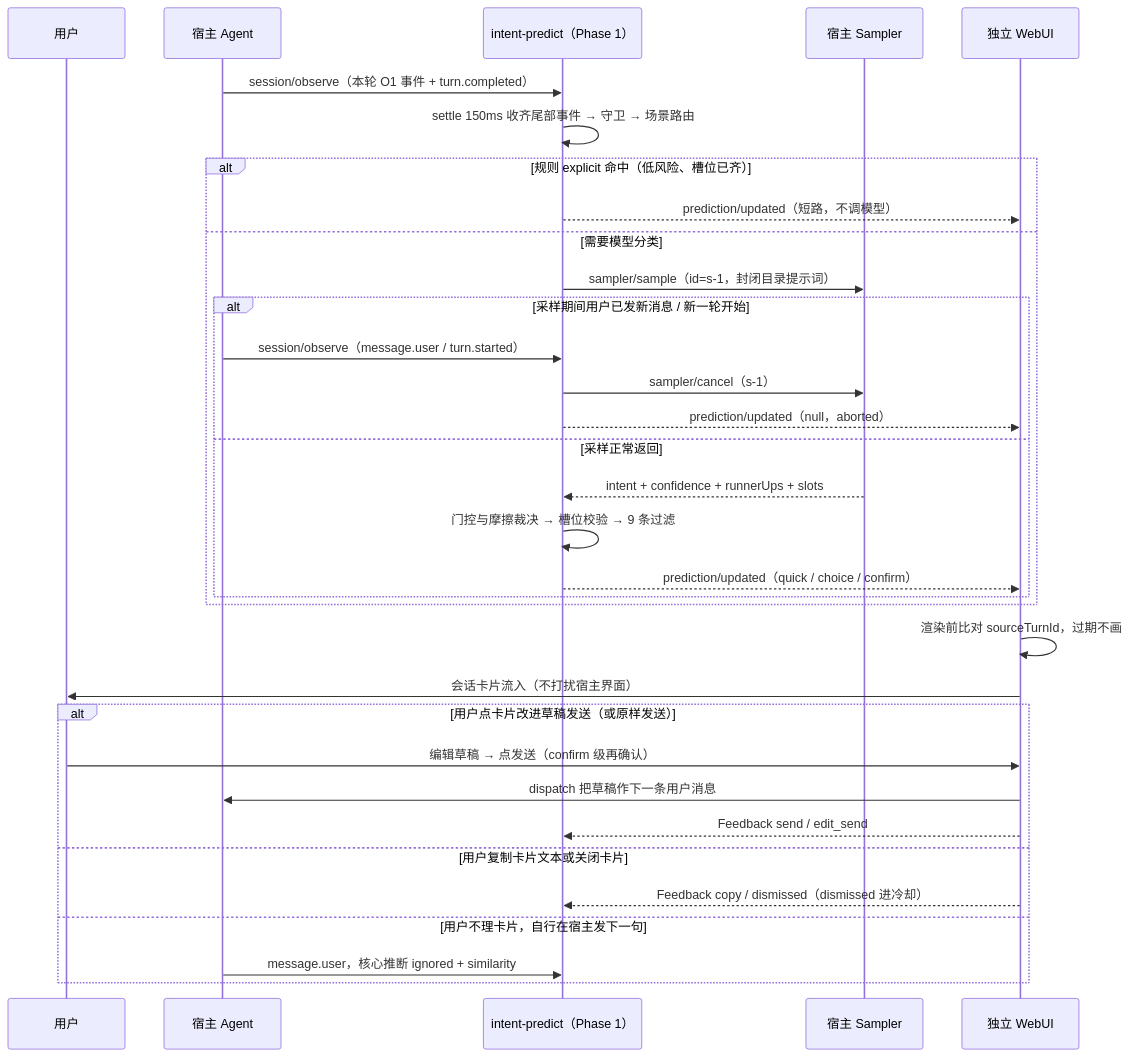
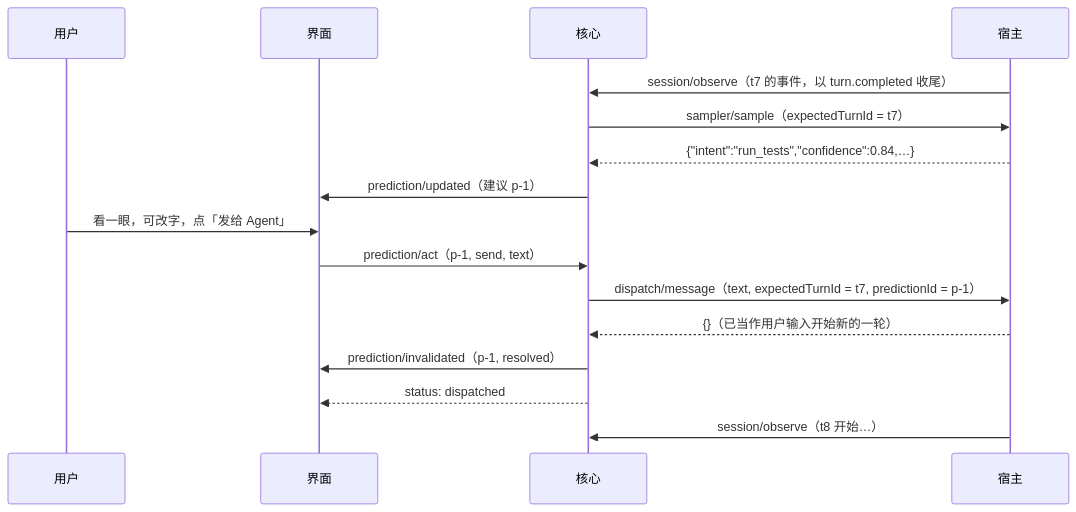
The third of 4 diagrams in docs/diagrams.md (susyimes/intent-predict), drawn with Mermaid before and after one commit. The commit also changed other lines of this file and 21 other files, not shown here.

````diff
--- a/docs/diagrams.md
+++ b/docs/diagrams.md
@@ -88,36 +58,19 @@
 ```mermaid
 sequenceDiagram
   participant U as 用户
-  participant H as 宿主 Agent
-  participant P as intent-predict（Phase 1）
-  participant M as 宿主 Sampler
-  participant W as 独立 WebUI
+  participant S as 界面
+  participant C as 核心
+  participant H as 宿主
 
-  H->>P: session/observe（本轮 O1 事件 + turn.completed）
-  P->>P: settle 150ms 收齐尾部事件 → 守卫 → 场景路由
-  alt 规则 explicit 命中（低风险、槽位已齐）
-    P-->>W: prediction/updated（短路，不调模型）
-  else 需要模型分类
-    P->>M: sampler/sample（id=s-1，封闭目录提示词）
-    alt 采样期间用户已发新消息 / 新一轮开始
-      H->>P: session/observe（message.user / turn.started）
-      P->>M: sampler/cancel（s-1）
-      P-->>W: prediction/updated（null，aborted）
-    else 采样正常返回
-      M-->>P: intent + confidence + runnerUps + slots
-      P->>P: 门控与摩擦裁决 → 槽位校验 → 9 条过滤
-      P-->>W: prediction/updated（quick / choice / confirm）
-    end
-  end
-  W->>W: 渲染前比对 sourceTurnId，过期不画
-  W->>U: 会话卡片流入（不打扰宿主界面）
-  alt 用户点卡片改进草稿发送（或原样发送）
-    U->>W: 编辑草稿 → 点发送（confirm 级再确认）
-    W->>H: dispatch 把草稿作下一条用户消息
-    W-->>P: Feedback send / edit_send
-  else 用户复制卡片文本或关闭卡片
-    W-->>P: Feedback copy / dismissed（dismissed 进冷却）
-  else 用户不理卡片，自行在宿主发下一句
-    H->>P: message.user，核心推断 ignored + similarity
-  end
+  H->>C: session/observe（t7 的事件，以 turn.completed 收尾）
+  C->>H: sampler/sample（expectedTurnId = t7）
+  H-->>C: {"intent":"run_tests","confidence":0.84,…}
+  C->>S: prediction/updated（建议 p-1）
+  U->>S: 看一眼，可改字，点「发给 Agent」
+  S->>C: prediction/act（p-1, send, text）
+  C->>H: dispatch/message（text, expectedTurnId = t7, predictionId = p-1）
+  H-->>C: {}（已当作用户输入开始新的一轮）
+  C->>S: prediction/invalidated（p-1, resolved）
+  C-->>S: status: dispatched
+  H->>C: session/observe（t8 开始…）
 ```
````
